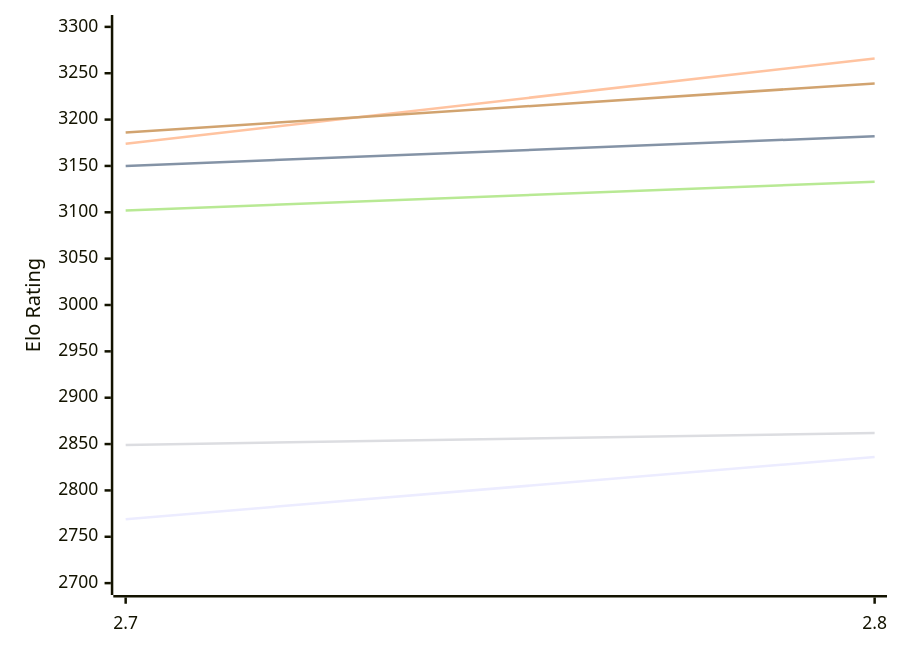
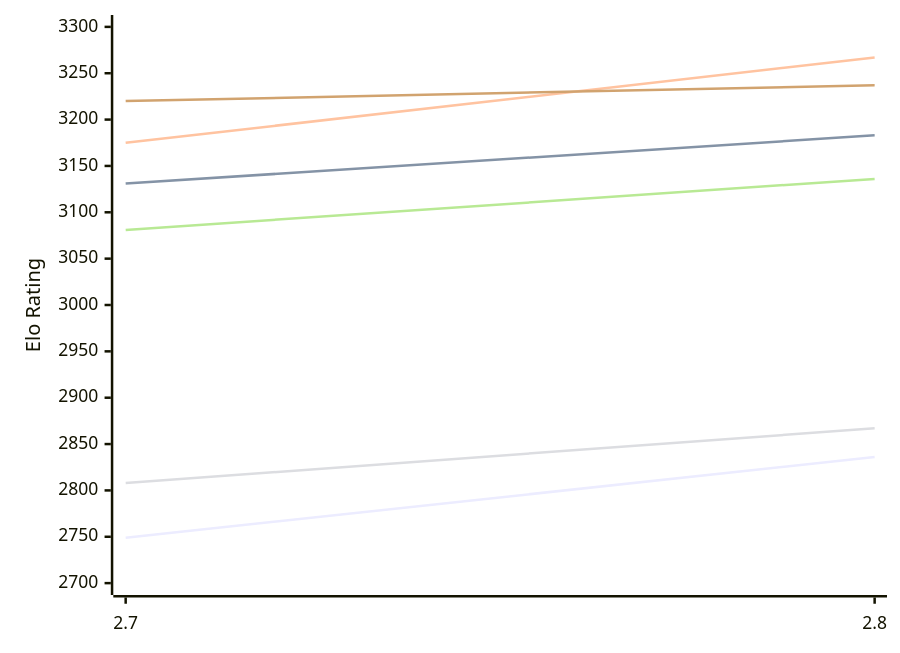
Before and after one commit to computer-chess-index/cci: the first of 2 diagrams in engines/Arcanum.md, drawn with Mermaid. The commit also changed other lines of this file, not shown here.

Commit message:
Update CCI Ratings (ELO VLTC) - 2026-11-17

````diff
--- a/engines/Arcanum.md
+++ b/engines/Arcanum.md
@@ -50,12 +50,12 @@
 ```mermaid
 %%{init: {"theme":"base","themeVariables":{"seriesColors:['#a3a3a3','#222221','#faa371']}}}%%
 xychart-beta
   x-axis ["2.7", "2.8"]
   y-axis "Elo Rating" 2700 --> 3300
-  line "E1: STC (8.0+0.08s)" [2769, 2836]
-  line "E1: LTC (60.0+0.60s)" [3150, 3182]
-  line "E1: VLTC (2m24s+1.12s)" [3174, 3266]
-  line "P1: STC (8.0+0.08s)" [2849, 2862]
-  line "P1: LTC (60.0+0.60s)" [3102, 3133]
-  line "P1: VLTC (2m24s+1.12s)" [3186, 3239]
+  line "E1: STC (8.0+0.08s)" [2749, 2836]
+  line "E1: LTC (60.0+0.60s)" [3131, 3183]
+  line "E1: VLTC (2m24s+1.12s)" [3175, 3267]
+  line "P1: STC (8.0+0.08s)" [2808, 2867]
+  line "P1: LTC (60.0+0.60s)" [3081, 3136]
+  line "P1: VLTC (2m24s+1.12s)" [3220, 3237]
 ```
````
